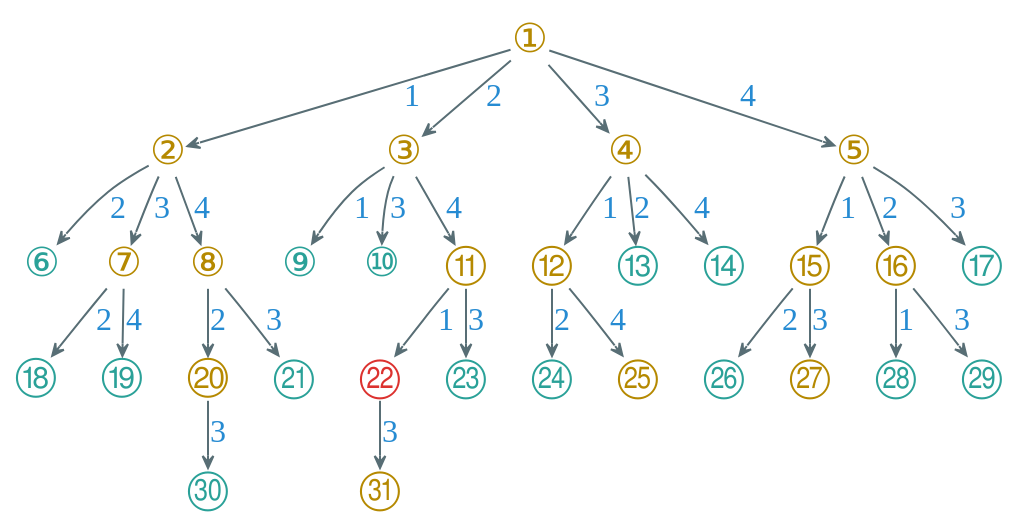
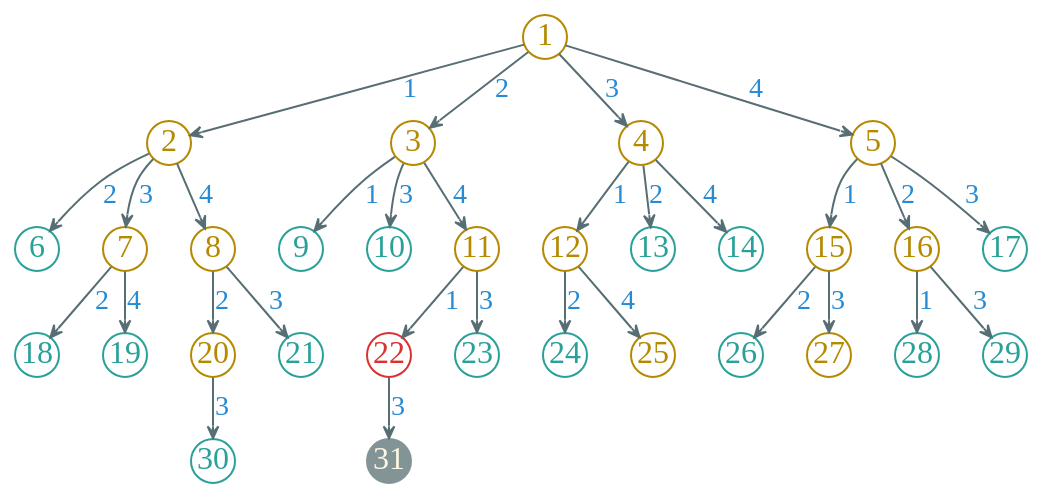
One commit to Avanti1980/course-alg changed the diagram in dot/four-queen-bb-solve10.dot. Above: the diagram before and after it, drawn with Graphviz. The commit also changed 20 other files, not shown here.

```diff
--- a/dot/four-queen-bb-solve10.dot
+++ b/dot/four-queen-bb-solve10.dot
@@ -1,88 +1,88 @@
 digraph g {
     bgcolor=transparent
     rankdir=TB
     graph [nodesep=0.3, ranksep=0.2]
-    node [shape=plain, color="#586e75", fontcolor="#b58900", fontsize=20, fontname="LXGWWenKai"]
-    edge [arrowhead=vee, color="#586e75", fontcolor="#268bd2", fontsize=16, fontname="LXGWWenKai" arrowsize=0.6]
+    node [shape=circle, fixedsize=true, width=0.3, color="#b58900", fontcolor="#b58900", fontsize=16, fontname="LXGWWenKai"]
+    edge [arrowhead=vee, color="#586e75", fontcolor="#268bd2", fontsize=14, fontname="LXGWWenKai", arrowsize=0.6]
 
-    ① -> ② [label="1"]
-    ① -> ③ [label="2"]
-    ① -> ④ [label="3"]
-    ① -> ⑤ [label="4"]
+    1 -> 2 [label="1"]
+    1 -> 3 [label="2"]
+    1 -> 4 [label="3"]
+    1 -> 5 [label="4"]
 
-    node [fontcolor="#2aa198"]
+    node [color="#2aa198", fontcolor="#2aa198"]
 
-    ② -> ⑥ [label="2"]
+    2 -> 6 [label="2"]
 
-    node [fontcolor="#b58900"]
+    node [color="#b58900", fontcolor="#b58900"]
 
-    ② -> ⑦ [label="3"]
+    2 -> 7 [label="3"]
 
-    ② -> ⑧ [label="4"]
+    2 -> 8 [label="4"]
 
-    node [fontcolor="#2aa198"]
+    node [color="#2aa198", fontcolor="#2aa198"]
 
-    ③ -> ⑨ [label="1"]
-    ③ -> ⑩ [label="3"]
+    3 -> 9 [label="1"]
+    3 -> 10 [label="3"]
 
-    node [fontcolor="#b58900"]
+    node [color="#b58900", fontcolor="#b58900"]
 
-    ③ -> ⑪ [label="4"]
+    3 -> 11 [label="4"]
 
-    ④ -> ⑫ [label="1"]
+    4 -> 12 [label="1"]
 
-    node [fontcolor="#2aa198"]
+    node [color="#2aa198", fontcolor="#2aa198"]
 
-    ④ -> ⑬ [label="2"]
-    ④ -> ⑭ [label="4"]
+    4 -> 13 [label="2"]
+    4 -> 14 [label="4"]
 
-    node [fontcolor="#b58900"]
+    node [color="#b58900", fontcolor="#b58900"]
 
-    ⑤ -> ⑮ [label="1"]
-    ⑤ -> ⑯ [label="2"]
+    5 -> 15 [label="1"]
+    5 -> 16 [label="2"]
 
-    node [fontcolor="#2aa198"]
+    node [color="#2aa198", fontcolor="#2aa198"]
 
-    ⑤ -> ⑰ [label="3"]
-    ⑦ -> ⑱ [label="2"]
-    ⑦ -> ⑲ [label="4"]
+    5 -> 17 [label="3"]
+    7 -> 18 [label="2"]
+    7 -> 19 [label="4"]
 
-    node [fontcolor="#b58900"]
+    node [color="#b58900", fontcolor="#b58900"]
 
-    ⑧ -> ⑳ [label="2"]
+    8 -> 20 [label="2"]
 
-    node [fontcolor="#2aa198"]
+    node [color="#2aa198", fontcolor="#2aa198"]
 
-    ⑧ -> ㉑ [label="3"]
+    8 -> 21 [label="3"]
 
-    node [fontcolor="#dc322f"]
+    node [color="#dc322f", fontcolor="#dc322f"]
 
-    ⑪ -> ㉒ [label="1"]
+    11 -> 22 [label="1"]
 
-    node [fontcolor="#2aa198"]
+    node [color="#2aa198", fontcolor="#2aa198"]
 
-    ⑪ -> ㉓ [label="3"]
-    ⑫ -> ㉔ [label="2"]
+    11 -> 23 [label="3"]
+    12 -> 24 [label="2"]
 
-    node [fontcolor="#b58900"]
+    node [color="#b58900", fontcolor="#b58900"]
 
-    ⑫ -> ㉕ [label="4"]
+    12 -> 25 [label="4"]
 
-    node [fontcolor="#2aa198"]
+    node [color="#2aa198", fontcolor="#2aa198"]
 
-    ⑮ -> ㉖ [label="2"]
+    15 -> 26 [label="2"]
 
-    node [fontcolor="#b58900"]
+    node [color="#b58900", fontcolor="#b58900"]
 
-    ⑮ -> ㉗ [label="3"]
+    15 -> 27 [label="3"]
 
-    node [fontcolor="#2aa198"]
+    node [color="#2aa198", fontcolor="#2aa198"]
 
-    ⑯ -> ㉘ [label="1"]
-    ⑯ -> ㉙ [label="3"]
-    ⑳ -> ㉚ [label="3"]
+    16 -> 28 [label="1"]
+    16 -> 29 [label="3"]
+    20 -> 30 [label="3"]
 
-    node [fontcolor="#b58900"]
+    node [style=filled, color="#839496", fontcolor="#fdf6e3", fillcolor="#839496"]
 
-    ㉒ -> ㉛ [label="3"]
+    22 -> 31 [label="3"]
 }
```
